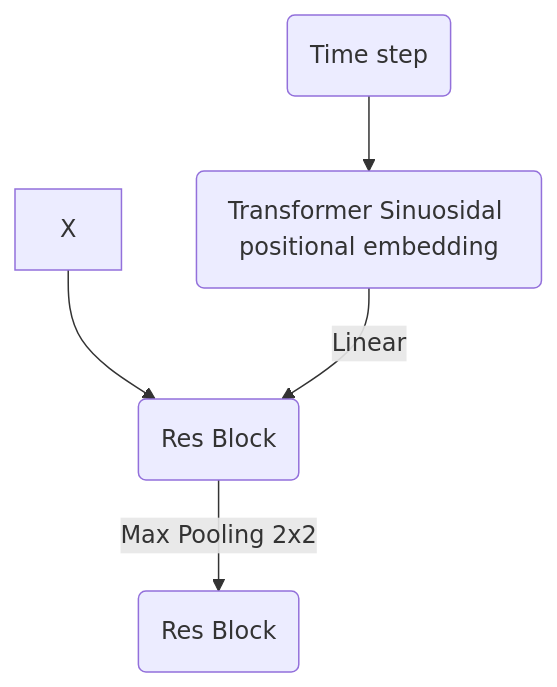
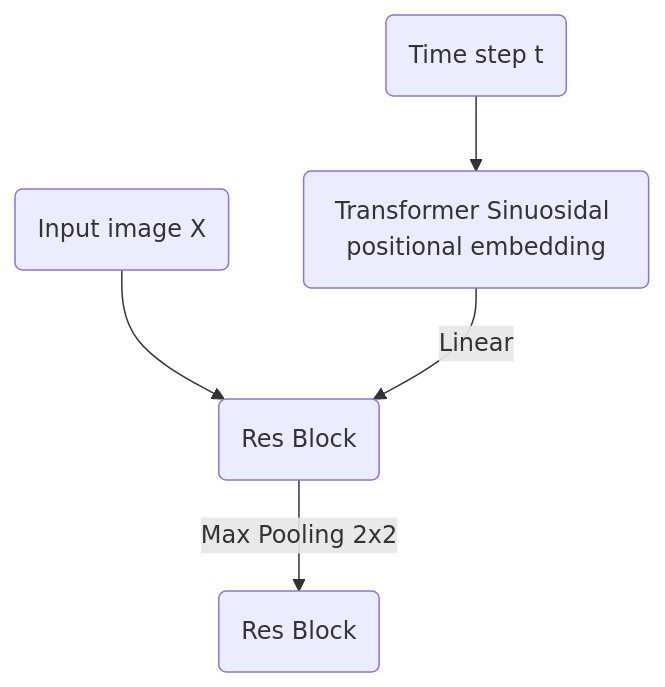
The diagram in readme.md (Michedev/DDPMs-Pytorch), drawn with Mermaid before and after one commit.

Commit message:
add labels

````diff
--- a/readme.md
+++ b/readme.md
@@ -1,7 +1,7 @@
 ```mermaid
   graph TD;
-      T(Time step)-->B(Transformer Sinuosidal positional embedding);
-      X-->R1(Res Block);
+      T(Time step t)-->B(Transformer Sinuosidal positional embedding);
+      X(Input image X)-->R1(Res Block);
       B--> |Linear| R1;
       R1--> |Max Pooling 2x2| R2(Res Block);
 ```
````
